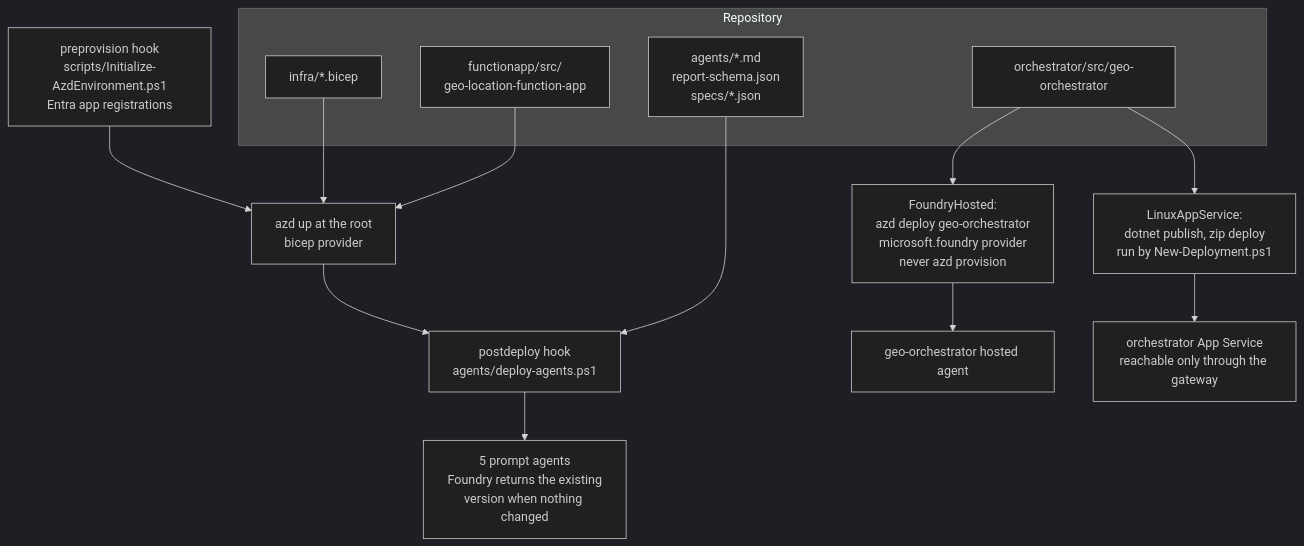
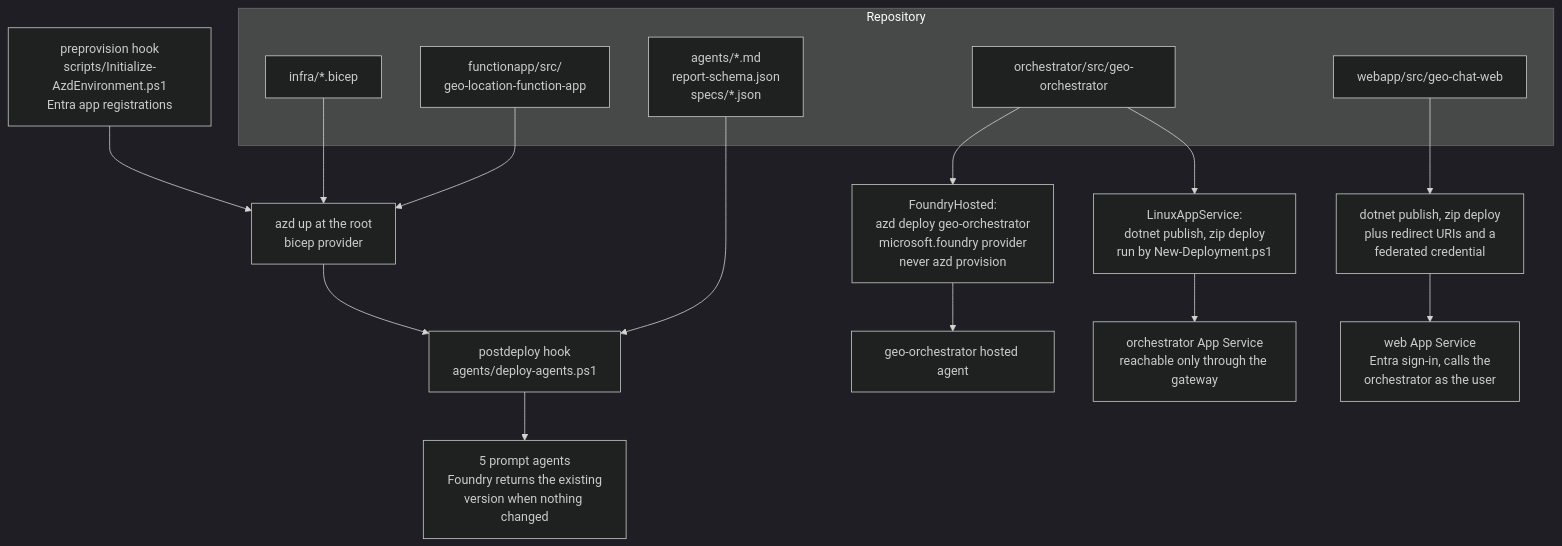
One commit to TK11703/geo-location-agents changed the third of 3 diagrams in README.md. Above: the diagram before and after it, drawn with Mermaid (dark theme). The commit also changed other lines of this file and 1 other file, not shown here.

Commit message:
Document the web front end

````diff
--- a/README.md
+++ b/README.md
@@ -138,24 +164,27 @@
 ```mermaid
 flowchart TB
     subgraph Repo["Repository"]
         Infra["infra/*.bicep"]
         Api["functionapp/src/<br/>geo-location-function-app"]
         Defs["agents/*.md<br/>report-schema.json<br/>specs/*.json"]
         OrchSrc["orchestrator/src/geo-orchestrator"]
+        WebSrc["webapp/src/geo-chat-web"]
     end
 
     Pre["preprovision hook<br/>scripts/Initialize-AzdEnvironment.ps1<br/>Entra app registrations"]
     Root["azd up at the root<br/>bicep provider"]
     Hook["postdeploy hook<br/>agents/deploy-agents.ps1"]
     Sub["FoundryHosted:<br/>azd deploy geo-orchestrator<br/>microsoft.foundry provider<br/>never azd provision"]
     Zip["LinuxAppService:<br/>dotnet publish, zip deploy<br/>run by New-Deployment.ps1"]
+    WebZip["dotnet publish, zip deploy<br/>plus redirect URIs and a<br/>federated credential"]
 
     Pre --> Root
     Infra --> Root
     Api --> Root
     Root --> Hook
     Defs --> Hook
     Hook --> Agents["5 prompt agents<br/>Foundry returns the existing<br/>version when nothing changed"]
     OrchSrc --> Sub --> Hosted["geo-orchestrator hosted agent"]
     OrchSrc --> Zip --> AppSvc["orchestrator App Service<br/>reachable only through the gateway"]
+    WebSrc --> WebZip --> Web["web App Service<br/>Entra sign-in, calls the<br/>orchestrator as the user"]
 ```
````
